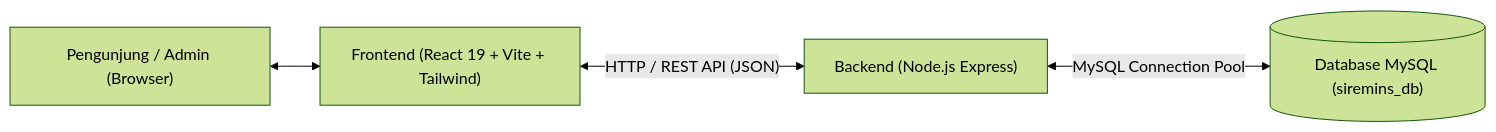
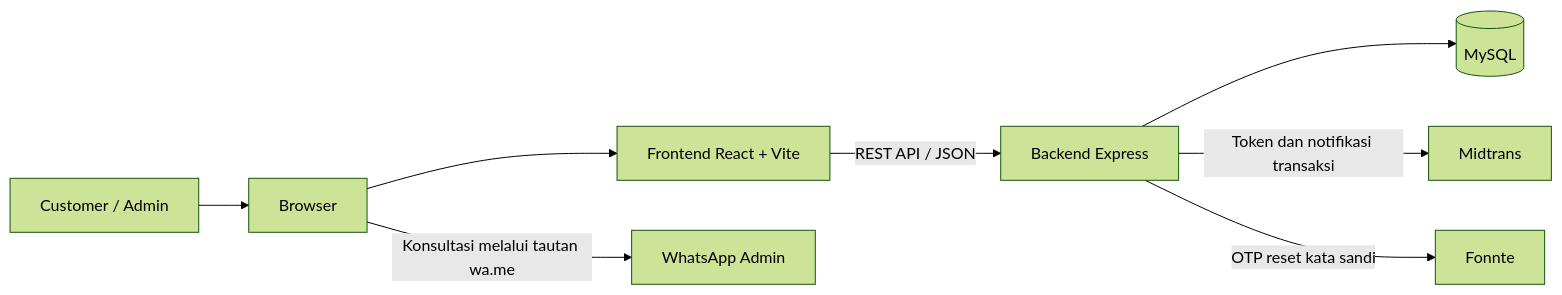
The diagram in TAHAP_PEMBUATAN_PROYEK.md (juffryfauziillyas-droid/siremins), drawn with Mermaid (forest theme) before and after one commit. The commit also changed other lines of this file and 23 other files, not shown here.

````diff
--- a/TAHAP_PEMBUATAN_PROYEK.md
+++ b/TAHAP_PEMBUATAN_PROYEK.md
@@ -36,6 +31,10 @@
 ```mermaid
 flowchart LR
-    A["Pengunjung / Admin (Browser)"] <--> B["Frontend (React 19 + Vite + Tailwind)"]
-    B <-->|"HTTP / REST API (JSON)"| C["Backend (Node.js Express)"]
-    C <-->|"MySQL Connection Pool"| D[("Database MySQL (siremins_db)")]
+    C["Customer / Admin"] --> B["Browser"]
+    B --> F["Frontend React + Vite"]
+    F -->|"REST API / JSON"| A["Backend Express"]
+    A --> D[("MySQL")]
+    A -->|"Token dan notifikasi transaksi"| M["Midtrans"]
+    A -->|"OTP reset kata sandi"| W["Fonnte"]
+    B -->|"Konsultasi melalui tautan wa.me"| WAB["WhatsApp Admin"]
 ```
````
